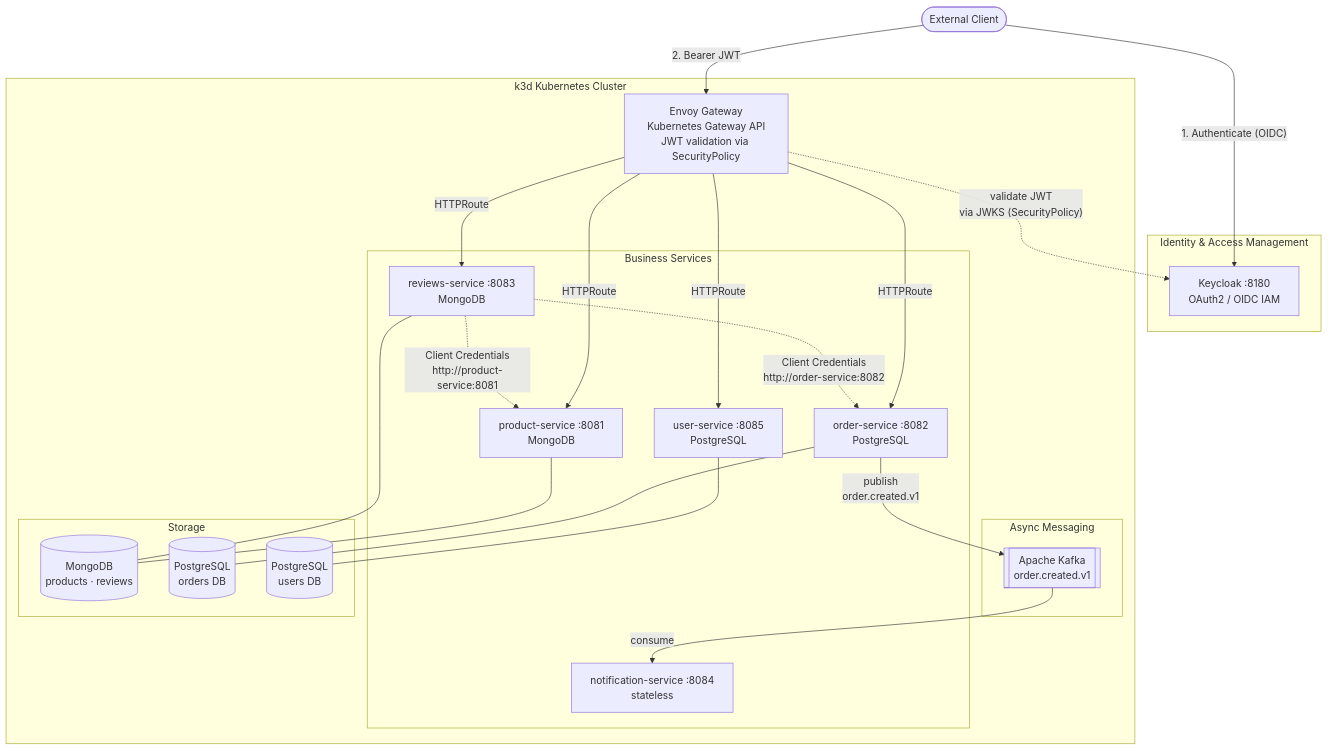
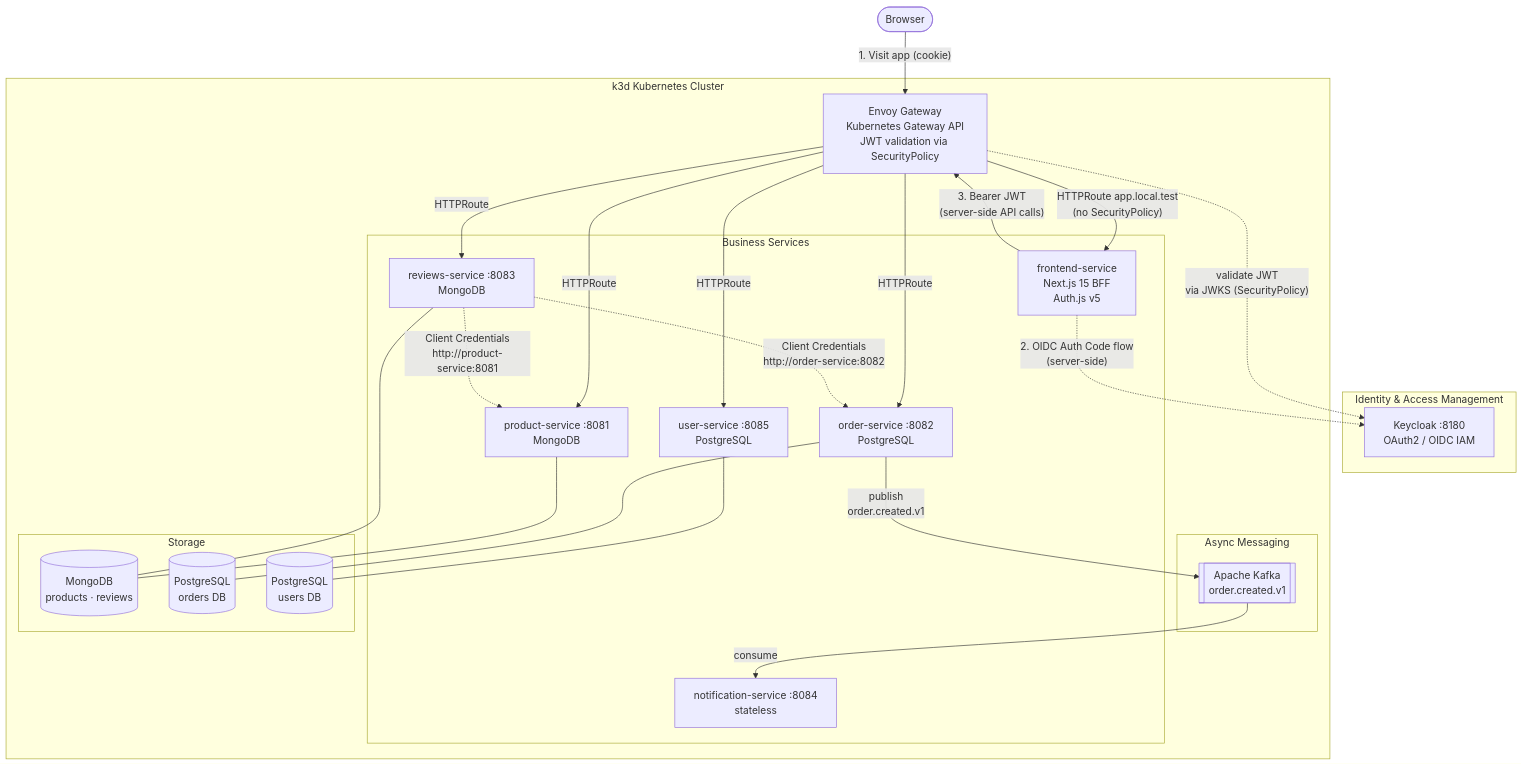
One commit to ricsanfre/spring-microservices-otel-k8s changed the first of 6 diagrams in README.md. Above: the diagram before and after it, drawn with Mermaid. The commit also changed other lines of this file and 4 other files, not shown here.

Commit message:
Adding to the architecture Next.js frontend to the application

````diff
--- a/README.md
+++ b/README.md
@@ -41,49 +48,52 @@
 ```mermaid
 flowchart TD
-    Client(["External Client"])
+    Client(["Browser"])
 
     subgraph IAM["Identity & Access Management"]
         KC["Keycloak :8180\nOAuth2 / OIDC IAM"]
     end
 
     subgraph K3D["k3d Kubernetes Cluster"]
         EG["Envoy Gateway\nKubernetes Gateway API\nJWT validation via SecurityPolicy"]
 
         subgraph SERVICES["Business Services"]
+            FE["frontend-service\nNext.js 15 BFF\nAuth.js v5"]
             PS["product-service :8081\nMongoDB"]
             OS["order-service :8082\nPostgreSQL"]
             RS["reviews-service :8083\nMongoDB"]
             NS["notification-service :8084\nstateless"]
             US["user-service :8085\nPostgreSQL"]
         end
 
         subgraph MESSAGING["Async Messaging"]
             KAFKA[["Apache Kafka\norder.created.v1"]]
         end
 
         subgraph STORAGE["Storage"]
             MDB[("MongoDB\nproducts · reviews")]
             PG_O[("PostgreSQL\norders DB")]
             PG_U[("PostgreSQL\nusers DB")]
         end
     end
 
-    Client -- "1. Authenticate (OIDC)" --> KC
-    Client -- "2. Bearer JWT" --> EG
+    Client -- "1. Visit app (cookie)" --> EG
+    EG -- "HTTPRoute app.local.test\n(no SecurityPolicy)" --> FE
+    FE -. "2. OIDC Auth Code flow\n(server-side)" .-> KC
+    FE -- "3. Bearer JWT\n(server-side API calls)" --> EG
     EG -. "validate JWT\nvia JWKS (SecurityPolicy)" .-> KC
     EG -- "HTTPRoute" --> PS
     EG -- "HTTPRoute" --> OS
     EG -- "HTTPRoute" --> RS
     EG -- "HTTPRoute" --> US
 
     OS -- "publish\norder.created.v1" --> KAFKA
     KAFKA -- "consume" --> NS
 
     RS -. "Client Credentials\nhttp://order-service:8082" .-> OS
     RS -. "Client Credentials\nhttp://product-service:8081" .-> PS
 
     PS --- MDB
     RS --- MDB
     OS --- PG_O
     US --- PG_U
 ```
````
